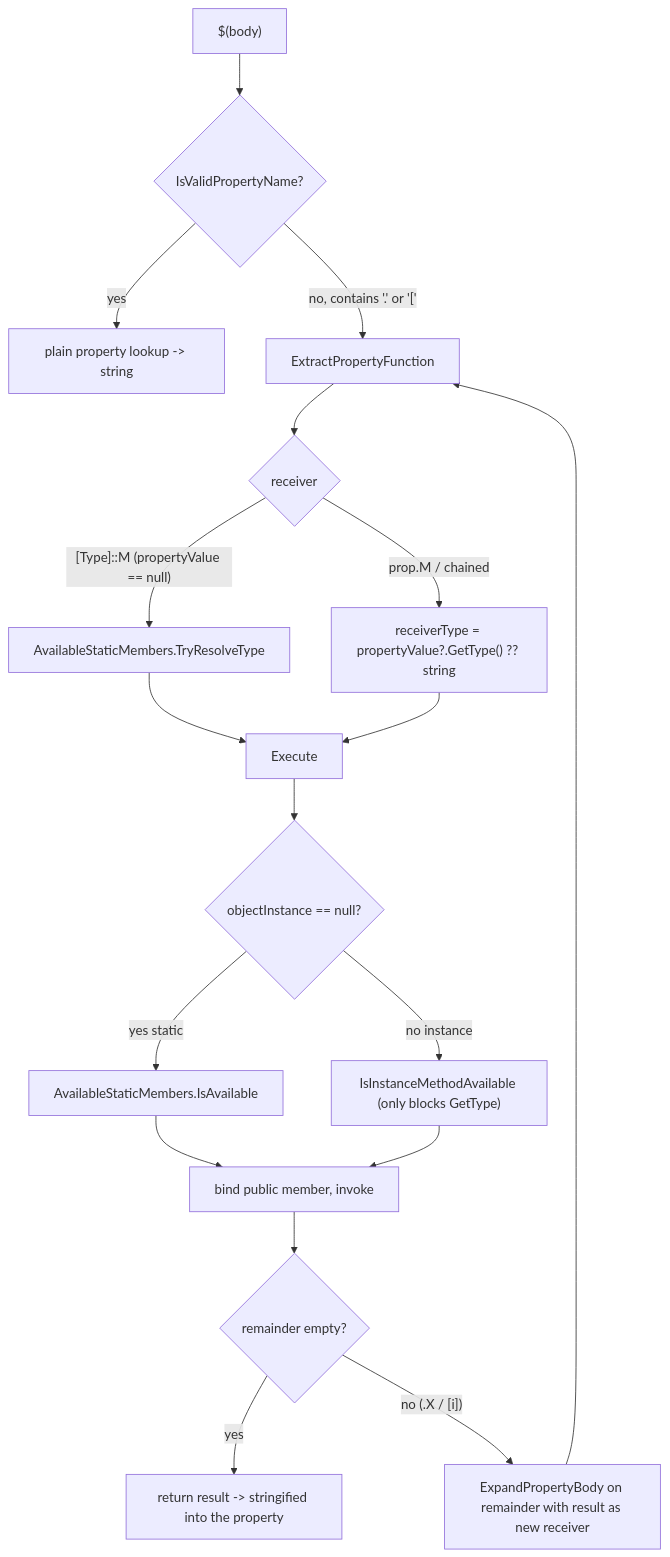
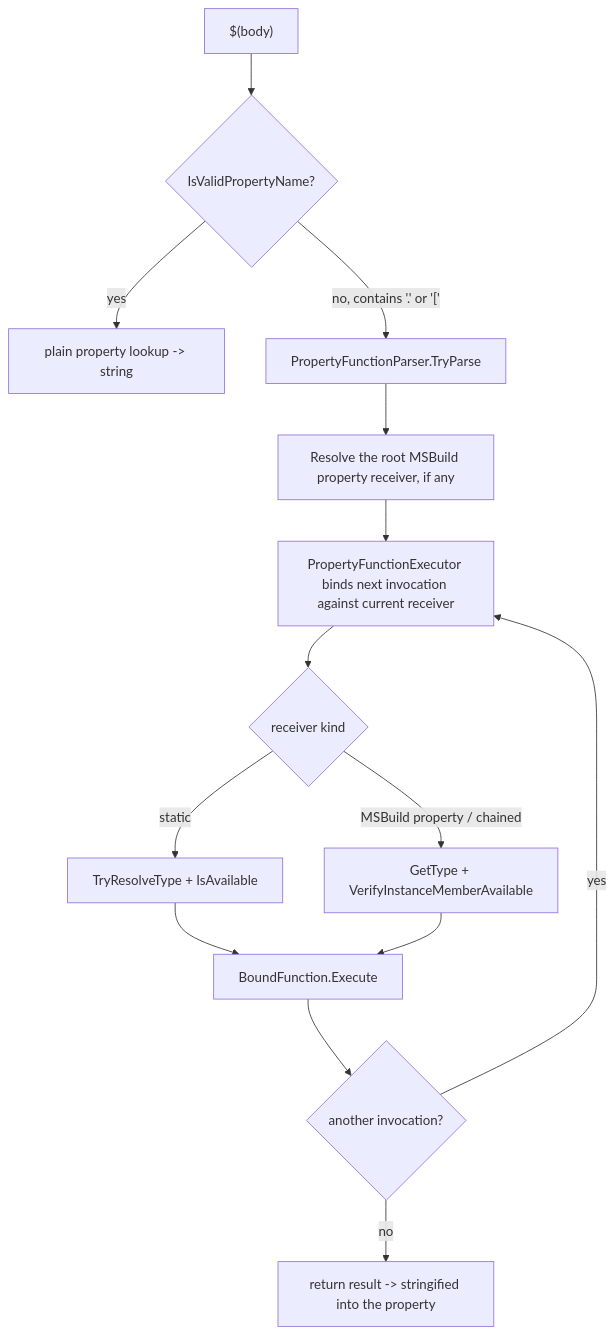
The diagram in documentation/aot/property-functions-reachability.md (DustinCampbell/msbuild), drawn with Mermaid before and after one commit. The commit also changed other lines of this file and 29 other files, not shown here.

First line of the commit message:
Integrate property function parser

````diff
--- a/documentation/aot/property-functions-reachability.md
+++ b/documentation/aot/property-functions-reachability.md
@@ -71,20 +73,16 @@
 ```mermaid
 flowchart TD
     A["$(body)"] --> B{IsValidPropertyName?}
     B -->|yes| P[plain property lookup -> string]
-    B -->|"no, contains '.' or '['"| C[ExtractPropertyFunction]
-    C --> D{receiver}
-    D -->|"[Type]::M (propertyValue == null)"| E[AvailableStaticMembers.TryResolveType]
-    D -->|"prop.M / chained"| F["receiverType = propertyValue?.GetType() ?? string"]
-    E --> G[Execute]
-    F --> G[Execute]
-    G --> H{objectInstance == null?}
-    H -->|yes static| I[AvailableStaticMembers.IsAvailable]
-    H -->|no instance| J["IsInstanceMethodAvailable (only blocks GetType)"]
-    I --> K[bind public member, invoke]
-    J --> K
-    K --> L{remainder empty?}
-    L -->|yes| M[return result -> stringified into the property]
-    L -->|"no (.X / [i])"| C2[ExpandPropertyBody on remainder with result as new receiver]
-    C2 --> C
+    B -->|"no, contains '.' or '['"| C["PropertyFunctionParser.TryParse"]
+    C --> R["Resolve the root MSBuild property receiver, if any"]
+    R --> BIND["PropertyFunctionExecutor binds next invocation against current receiver"]
+    BIND --> D{receiver kind}
+    D -->|static| E["TryResolveType + IsAvailable"]
+    D -->|"MSBuild property / chained"| F["GetType + VerifyInstanceMemberAvailable"]
+    E --> G[BoundFunction.Execute]
+    F --> G
+    G --> H{another invocation?}
+    H -->|yes| BIND
+    H -->|no| M[return result -> stringified into the property]
 ```
````
